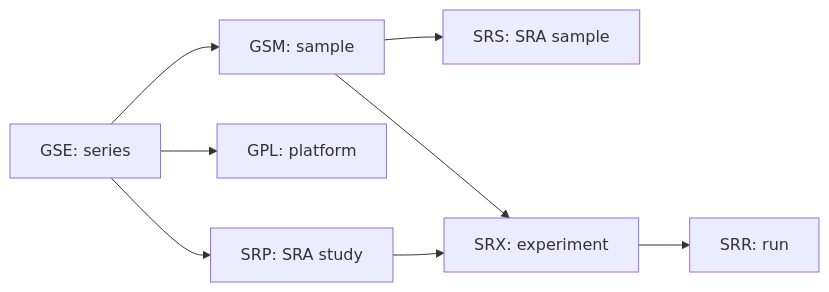
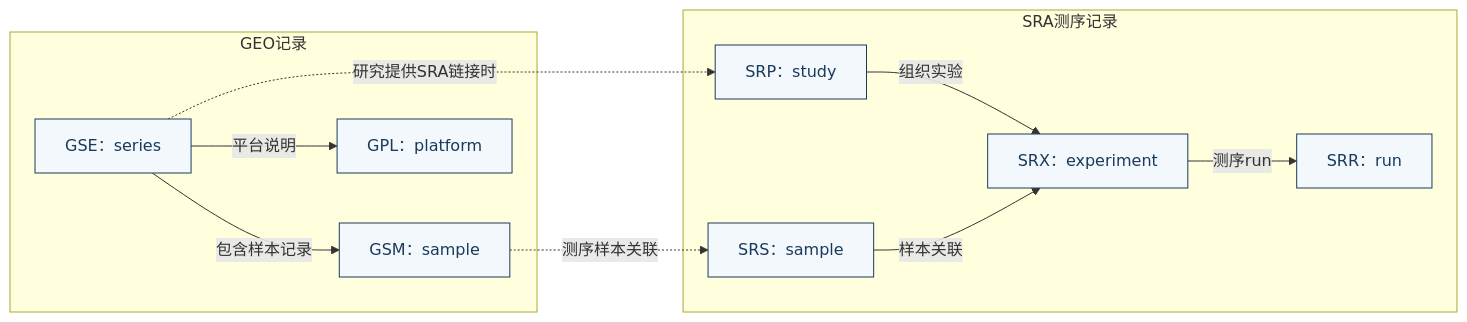
Before and after one commit to luvega/AI_MED_DataVis: the second of 4 diagrams in docs/chapters/chapter-13/index.md, drawn with Mermaid. The commit also changed other lines of this file and 30 other files, not shown here.

Commit message:
Redraw textbook diagrams and correct data-flow relationships

````diff
--- a/docs/chapters/chapter-13/index.md
+++ b/docs/chapters/chapter-13/index.md
@@ -59,10 +75,20 @@
 ```mermaid
 flowchart LR
-  GSE["GSE: series"] --> GSM["GSM: sample"]
-  GSE --> GPL["GPL: platform"]
-  GSM --> SRS["SRS: SRA sample"]
-  GSM --> SRX["SRX: experiment"]
-  SRX --> SRR["SRR: run"]
-  GSE --> SRP["SRP: SRA study"]
-  SRP --> SRX
+  subgraph GEO["GEO记录"]
+    GSE["GSE：series"] -->|包含样本记录| GSM["GSM：sample"]
+    GSE -->|平台说明| GPL["GPL：platform"]
+  end
+  subgraph SRA["SRA测序记录"]
+    SRP["SRP：study"] -->|组织实验| SRX["SRX：experiment"]
+    SRS["SRS：sample"] -->|样本关联| SRX
+    SRX -->|测序run| SRR["SRR：run"]
+  end
+  GSE -. "研究提供SRA链接时" .-> SRP
+  GSM -. "测序样本关联" .-> SRS
+  class GSE,GSM,GPL,SRP,SRX,SRS,SRR input;
+
+  classDef input fill:#F3F8FC,stroke:#1A3A5C,color:#1A3A5C;
+  classDef process fill:#FFFFFF,stroke:#008A95,color:#17374A;
+  classDef result fill:#EDF8F6,stroke:#008A95,color:#17374A;
+  classDef review fill:#FFF8EB,stroke:#B18B31,color:#17374A;
 ```
````
